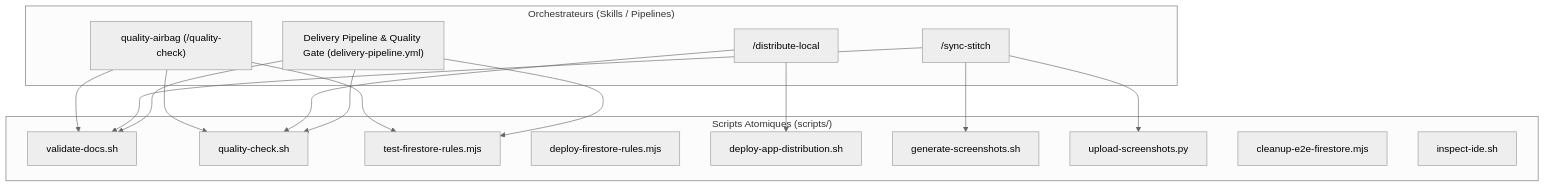
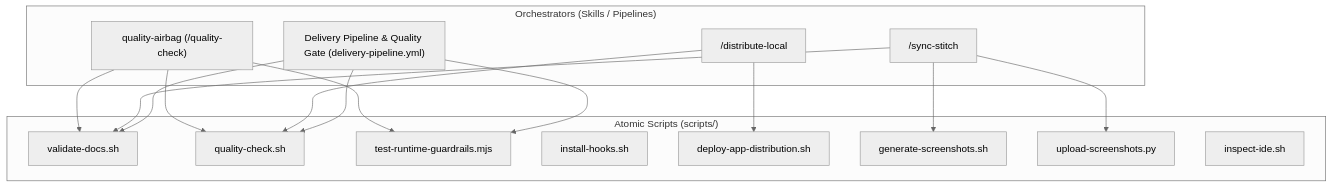
The diagram in docs/scripts-reference.md (nicolasvd/agentic-android-delivery-kernel), drawn with Mermaid (neutral theme) before and after one commit. The commit also changed other lines of this file and 2 other files, not shown here.

First line of the commit message:
docs(i18n): translate governance specifications and QA test guides to english (#11)

````diff
--- a/docs/scripts-reference.md
+++ b/docs/scripts-reference.md
@@ -20,36 +20,35 @@
 ```mermaid
 graph TD
-    subgraph SkillsPipelines ["Orchestrateurs (Skills / Pipelines)"]
+    subgraph SkillsPipelines ["Orchestrators (Skills / Pipelines)"]
         WF_QC["quality-airbag (/quality-check)"]
         WF_DIST["/distribute-local"]
         WF_STITCH["/sync-stitch"]
         CI_DELIVERY["Delivery Pipeline & Quality Gate (delivery-pipeline.yml)"]
     end
 
-    subgraph AtomicScripts ["Scripts Atomiques (scripts/)"]
+    subgraph AtomicScripts ["Atomic Scripts (scripts/)"]
         S_VAL["validate-docs.sh"]
         S_QC["quality-check.sh"]
-        S_RULES["test-firestore-rules.mjs"]
-        S_DEPLOY["deploy-firestore-rules.mjs"]
+        S_GUARD["test-runtime-guardrails.mjs"]
+        S_HOOKS["install-hooks.sh"]
         S_DIST["deploy-app-distribution.sh"]
         S_GEN["generate-screenshots.sh"]
         S_STITCH["upload-screenshots.py"]
-        S_CLEAN["cleanup-e2e-firestore.mjs"]
         S_IDE["inspect-ide.sh"]
     end
 
     WF_QC --> S_VAL
     WF_QC --> S_QC
-    WF_QC --> S_RULES
+    WF_QC --> S_GUARD
 
     WF_STITCH --> S_VAL
     WF_STITCH --> S_GEN
     WF_STITCH --> S_STITCH
 
     WF_DIST --> S_QC
     WF_DIST --> S_DIST
 
     CI_DELIVERY --> S_VAL
     CI_DELIVERY --> S_QC
-    CI_DELIVERY --> S_RULES
+    CI_DELIVERY --> S_GUARD
 ```
````
